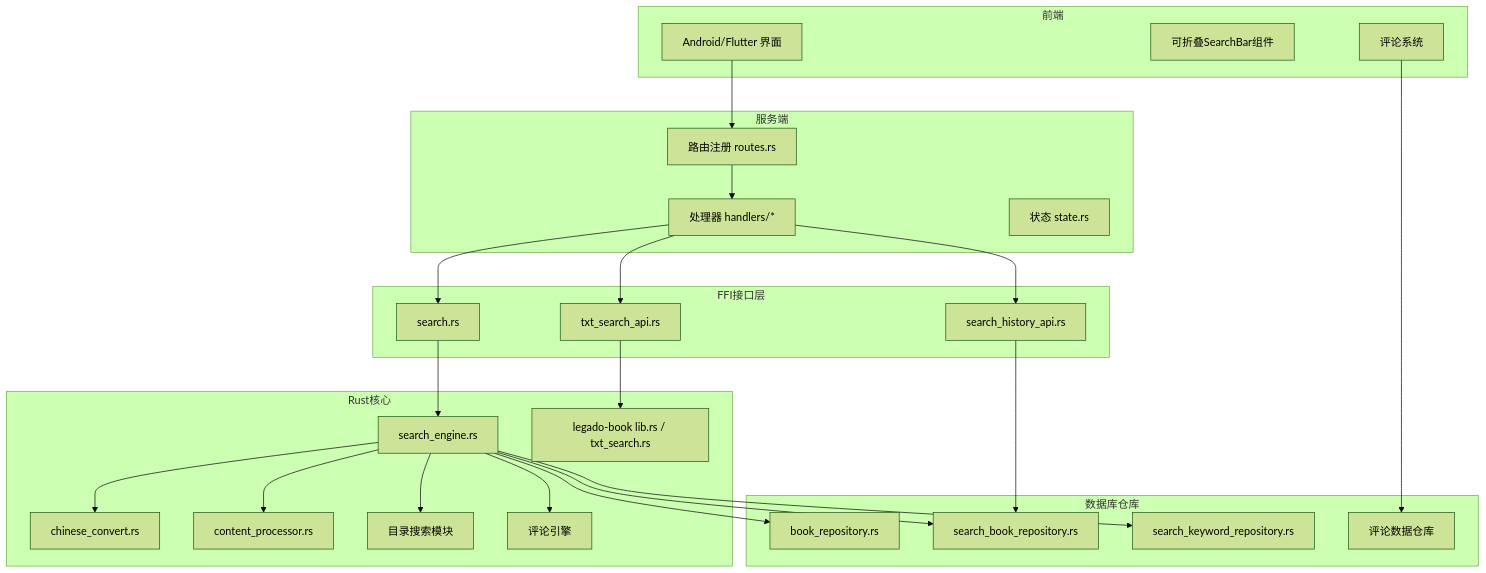
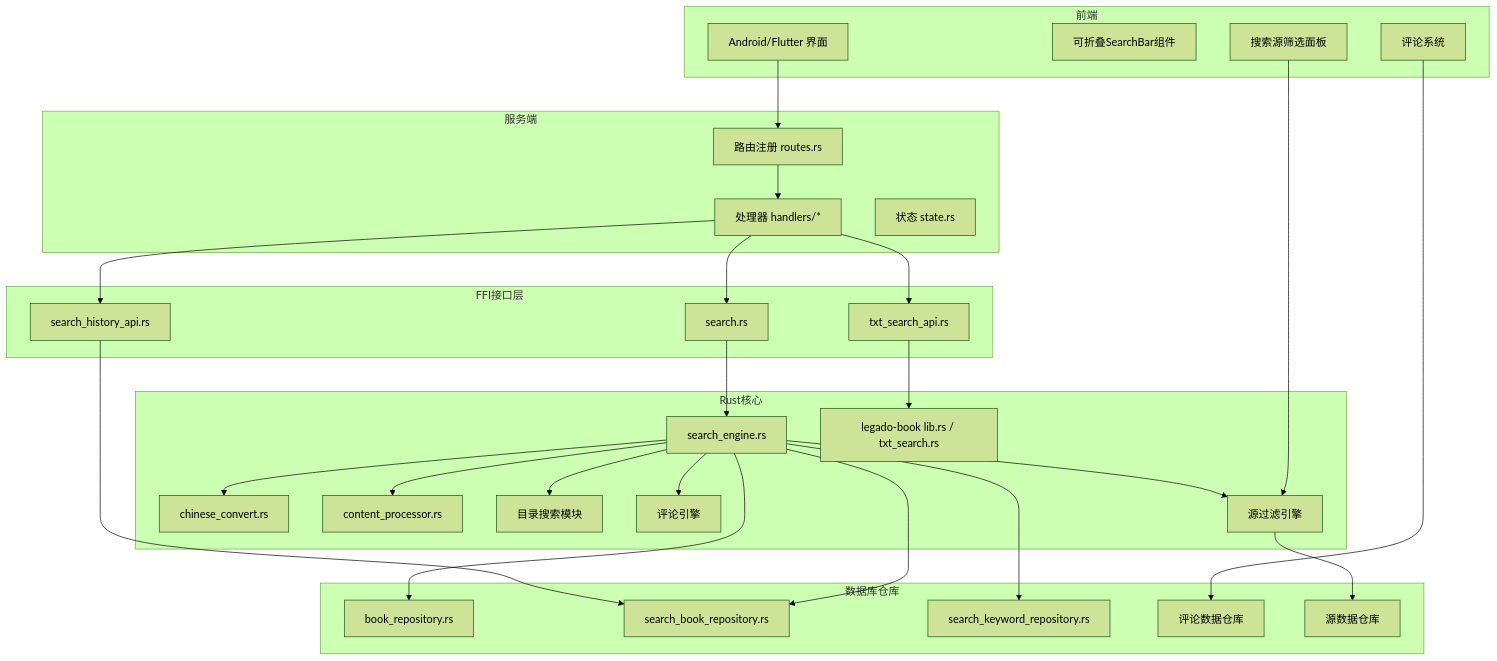
Before and after one commit to ZhangGHGitHub/LegadoTeamFlutter: the first of 4 diagrams in .qoder/repowiki/zh/content/搜索功能/搜索功能.md, drawn with Mermaid (forest theme). The commit also changed other lines of this file and 660 other files, not shown here.

````diff
--- a/.qoder/repowiki/zh/content/搜索功能/搜索功能.md
+++ b/.qoder/repowiki/zh/content/搜索功能/搜索功能.md
@@ -56,48 +55,54 @@
 ```mermaid
 graph TB
 subgraph "前端"
 UI["Android/Flutter 界面"]
 SearchBar["可折叠SearchBar组件"]
+SourceFilterPanel["搜索源筛选面板"]
 CommentSystem["评论系统"]
 end
 subgraph "服务端"
 Routes["路由注册 routes.rs"]
 Handlers["处理器 handlers/*"]
 State["状态 state.rs"]
 end
 subgraph "FFI接口层"
 SearchAPI["search.rs"]
 HistoryAPI["search_history_api.rs"]
 TxtSearchAPI["txt_search_api.rs"]
 end
 subgraph "Rust核心"
 CoreSearch["search_engine.rs"]
 ChineseConvert["chinese_convert.rs"]
 ContentProc["content_processor.rs"]
 BookLib["legado-book lib.rs / txt_search.rs"]
 DirSearch["目录搜索模块"]
 CommentEngine["评论引擎"]
+SourceFilter["源过滤引擎"]
 end
 subgraph "数据库仓库"
 RepoBook["book_repository.rs"]
 RepoSearchBook["search_book_repository.rs"]
 RepoKeyword["search_keyword_repository.rs"]
 RepoComment["评论数据仓库"]
+RepoSource["源数据仓库"]
 end
 UI --> Routes
 Routes --> Handlers
 Handlers --> SearchAPI
 Handlers --> HistoryAPI
 Handlers --> TxtSearchAPI
 SearchAPI --> CoreSearch
 HistoryAPI --> RepoSearchBook
 TxtSearchAPI --> BookLib
 CoreSearch --> RepoBook
 CoreSearch --> RepoSearchBook
 CoreSearch --> RepoKeyword
 CoreSearch --> ChineseConvert
 CoreSearch --> ContentProc
 CoreSearch --> DirSearch
 CoreSearch --> CommentEngine
+CoreSearch --> SourceFilter
+SourceFilter --> RepoSource
 CommentSystem --> RepoComment
+SourceFilterPanel --> SourceFilter
 ```
````
